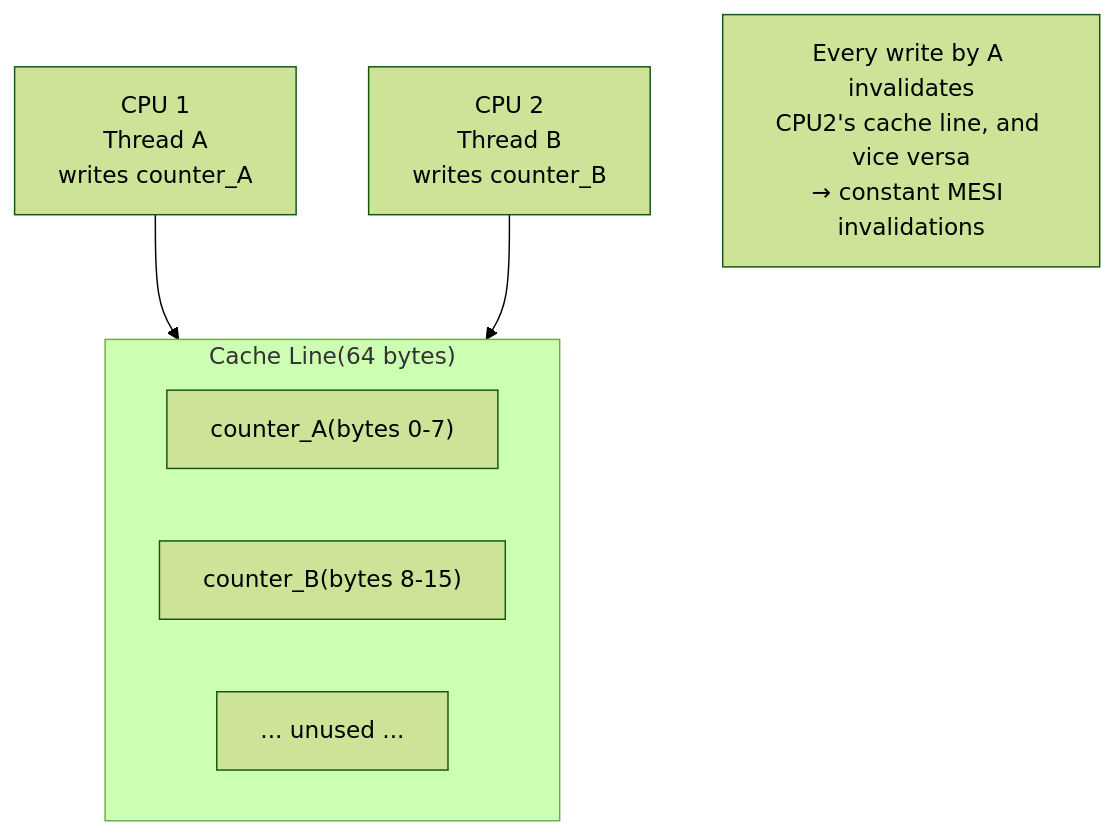
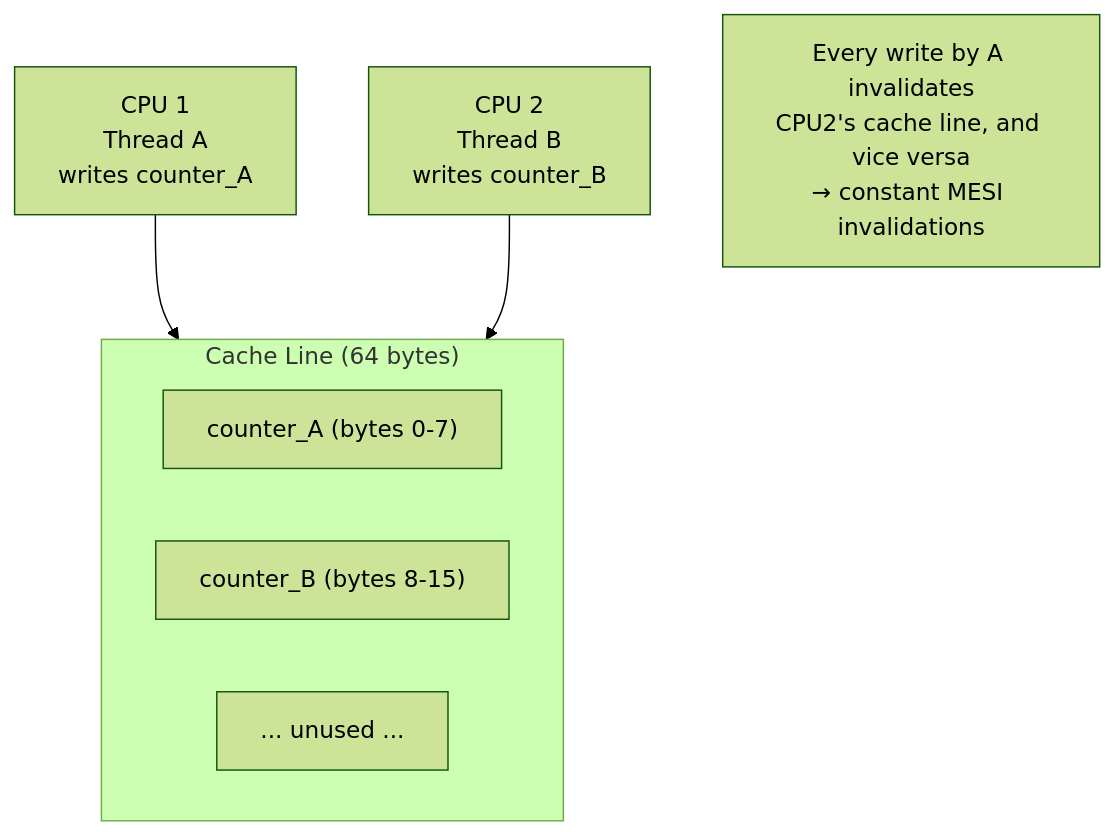
Before and after one commit to pploc/swe-icon-the-moment: the diagram in content/questions/fundamentals/false-sharing.md, drawn with Mermaid (forest theme). The commit also changed 95 other files, not shown here.

Commit message:
fix: update the practice mode diagram bug not display

````diff
--- a/content/questions/fundamentals/false-sharing.md
+++ b/content/questions/fundamentals/false-sharing.md
@@ -20,13 +20,14 @@
 ```mermaid
 flowchart TD
-    subgraph CacheLine["Cache Line(64 bytes)"]
-        A["counter_A(bytes 0-7)"]
-        B["counter_B(bytes 8-15)"]
+    subgraph CacheLine ["Cache Line (64 bytes)"]
+        A["counter_A (bytes 0-7)"]
+        B["counter_B (bytes 8-15)"]
         C["... unused ..."]
     end
     CPU1["CPU 1\nThread A\nwrites counter_A"] --> CacheLine
     CPU2["CPU 2\nThread B\nwrites counter_B"] --> CacheLine
     Note["Every write by A invalidates\nCPU2's cache line, and vice versa\n→ constant MESI invalidations"]
 
 
+
 ```
````
